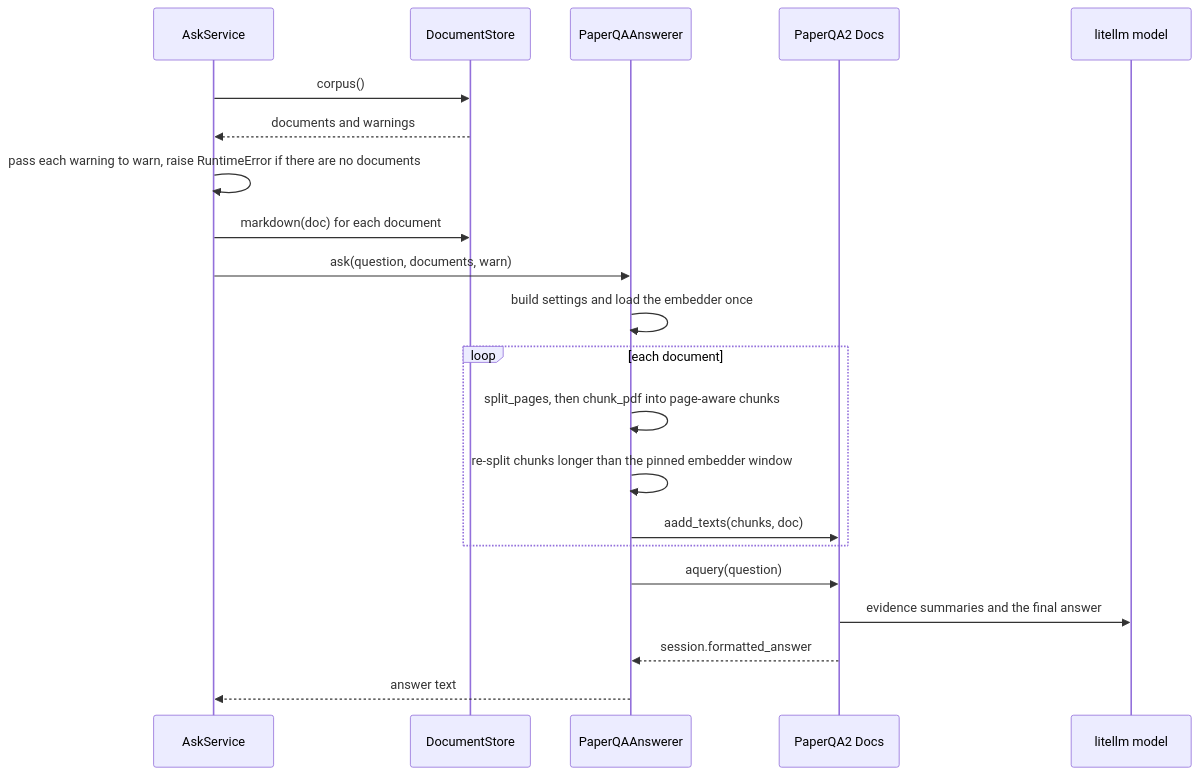
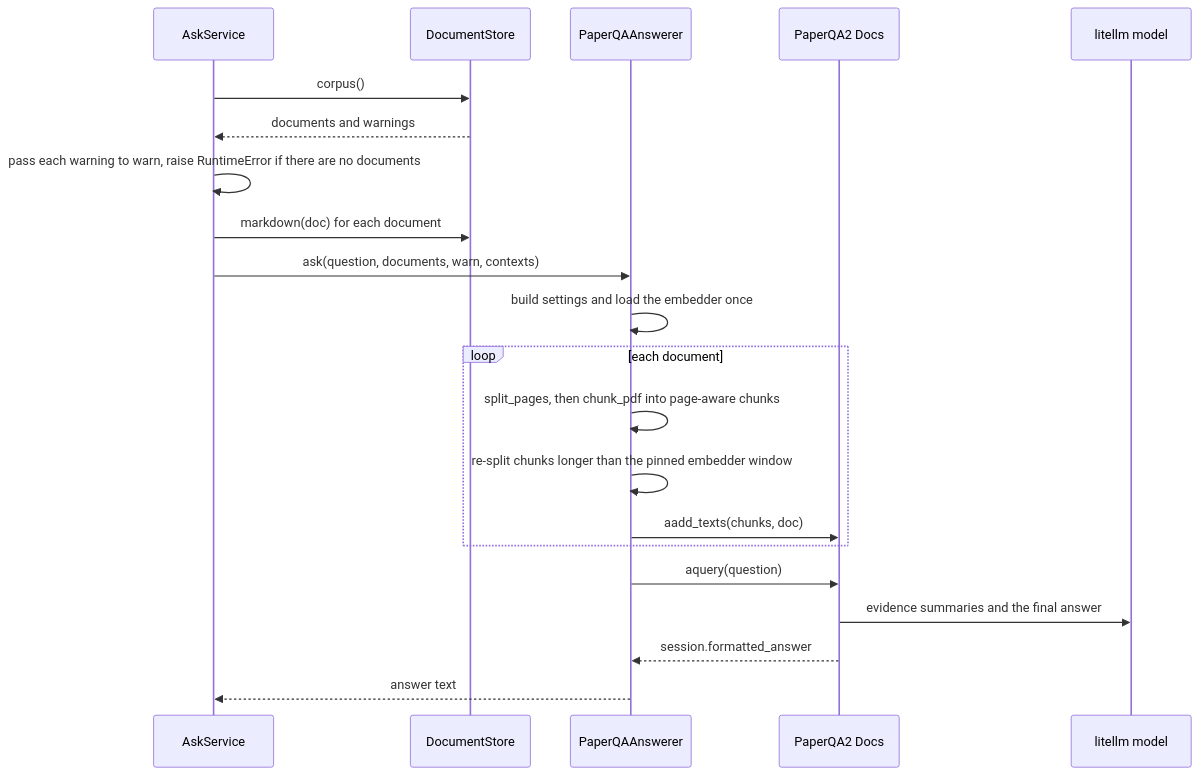
One commit to etxsA/doc-ingest changed the ninth of 11 diagrams in packages/docingest/src/docingest/adapters/README.md. Above: the diagram before and after it, drawn with Mermaid. The commit also changed other lines of this file and 8 other files, not shown here.

````diff
--- a/packages/docingest/src/docingest/adapters/README.md
+++ b/packages/docingest/src/docingest/adapters/README.md
@@ -633,23 +633,23 @@
 ```mermaid
 sequenceDiagram
     participant ASK as AskService
     participant ST as DocumentStore
     participant QA as PaperQAAnswerer
     participant PQ as PaperQA2 Docs
     participant LLM as litellm model
     ASK->>ST: corpus()
     ST-->>ASK: documents and warnings
     ASK->>ASK: pass each warning to warn, raise RuntimeError if there are no documents
     ASK->>ST: markdown(doc) for each document
-    ASK->>QA: ask(question, documents, warn)
+    ASK->>QA: ask(question, documents, warn, contexts)
     QA->>QA: build settings and load the embedder once
     loop each document
         QA->>QA: split_pages, then chunk_pdf into page-aware chunks
         QA->>QA: re-split chunks longer than the pinned embedder window
         QA->>PQ: aadd_texts(chunks, doc)
     end
     QA->>PQ: aquery(question)
     PQ->>LLM: evidence summaries and the final answer
     PQ-->>QA: session.formatted_answer
     QA-->>ASK: answer text
 ```
````
